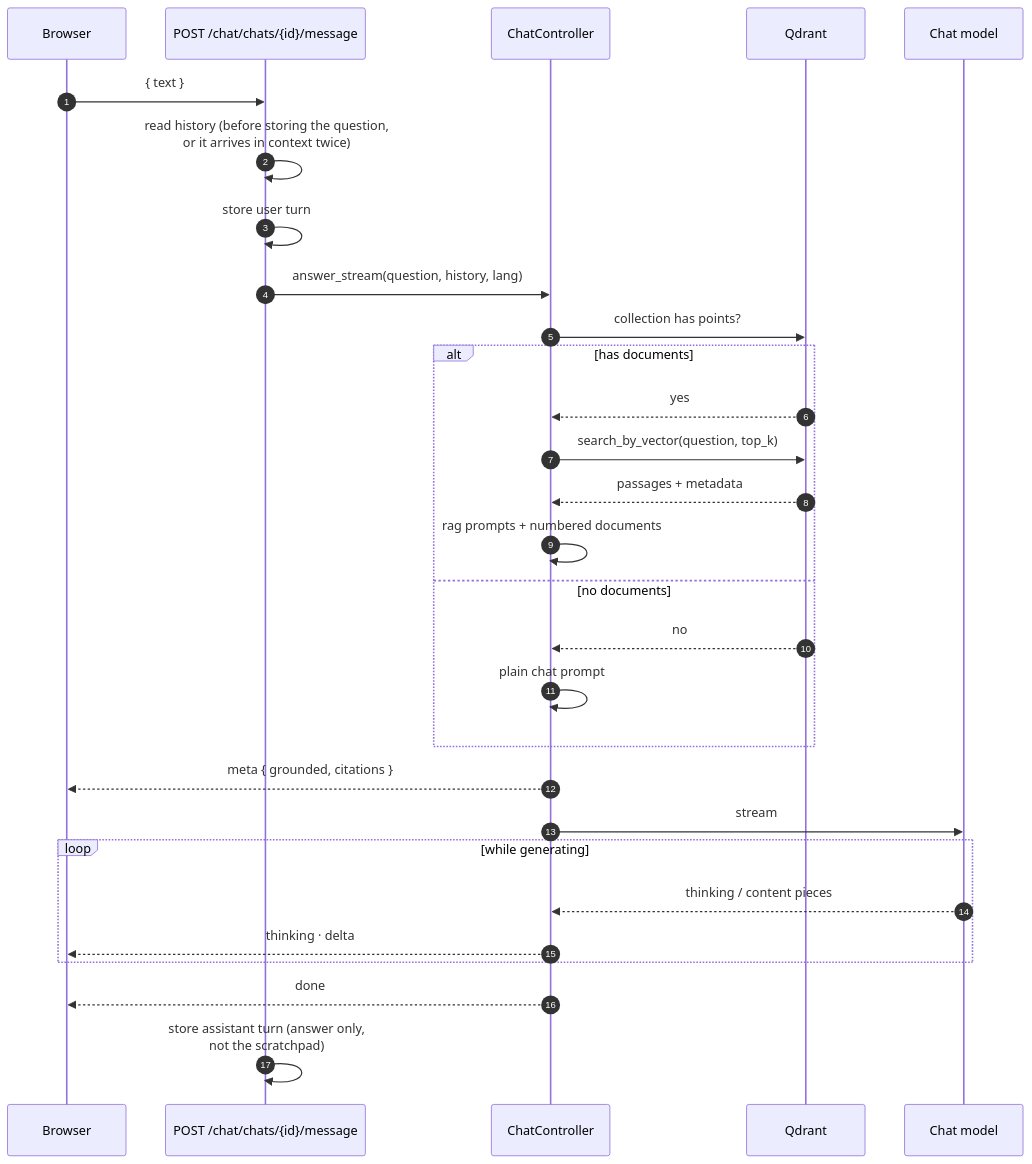
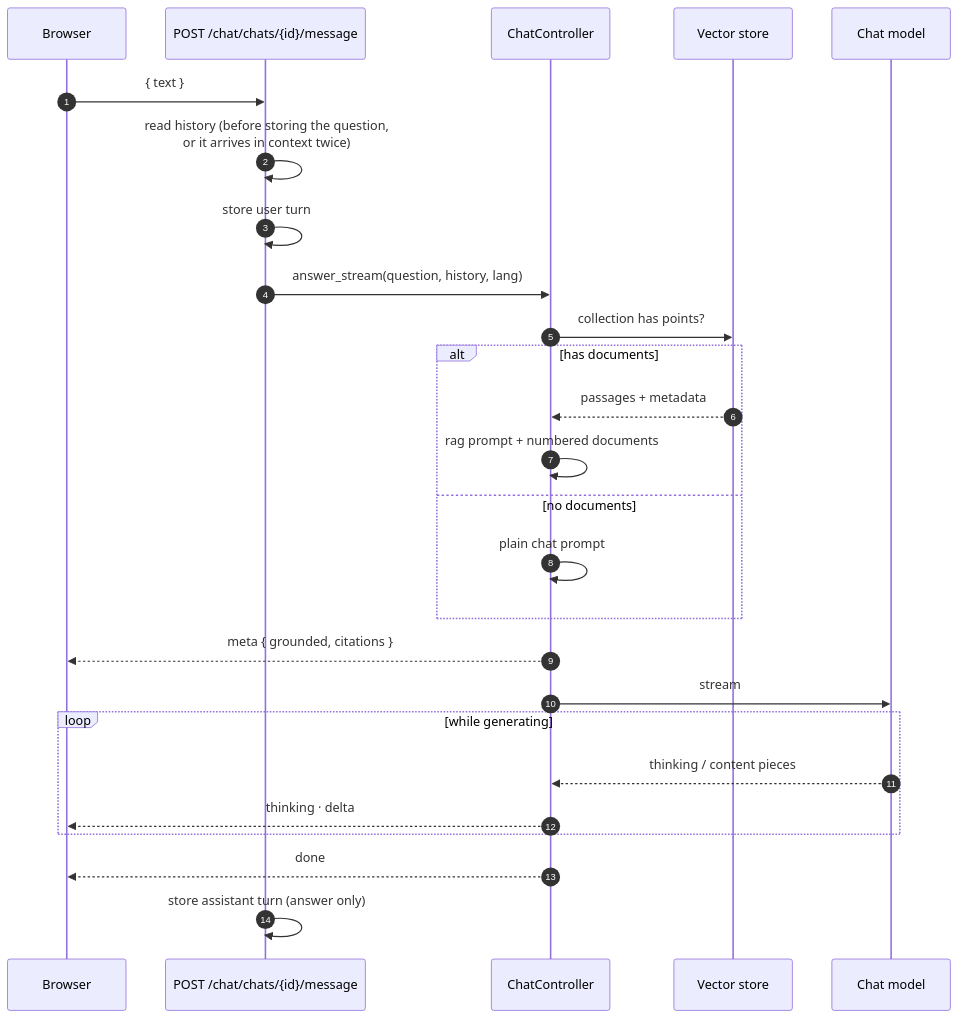
The second of 2 diagrams in README.md (omarTBakr/notebookllm-minus), drawn with Mermaid before and after one commit. The commit also changed other lines of this file, not shown here.

````diff
--- a/README.md
+++ b/README.md
@@ -227,32 +161,29 @@
 ```mermaid
 sequenceDiagram
     autonumber
     participant U as Browser
     participant R as POST /chat/chats/{id}/message
     participant CC as ChatController
-    participant V as Qdrant
+    participant V as Vector store
     participant L as Chat model
 
     U->>R: { text }
     R->>R: read history (before storing the question,<br/>or it arrives in context twice)
     R->>R: store user turn
     R->>CC: answer_stream(question, history, lang)
     CC->>V: collection has points?
     alt has documents
-        V-->>CC: yes
-        CC->>V: search_by_vector(question, top_k)
         V-->>CC: passages + metadata
-        CC->>CC: rag prompts + numbered documents
+        CC->>CC: rag prompt + numbered documents
     else no documents
-        V-->>CC: no
         CC->>CC: plain chat prompt
     end
     CC-->>U: meta { grounded, citations }
     CC->>L: stream
     loop while generating
         L-->>CC: thinking / content pieces
         CC-->>U: thinking · delta
     end
     CC-->>U: done
-    R->>R: store assistant turn (answer only,<br/>not the scratchpad)
+    R->>R: store assistant turn (answer only)
 ```
````
